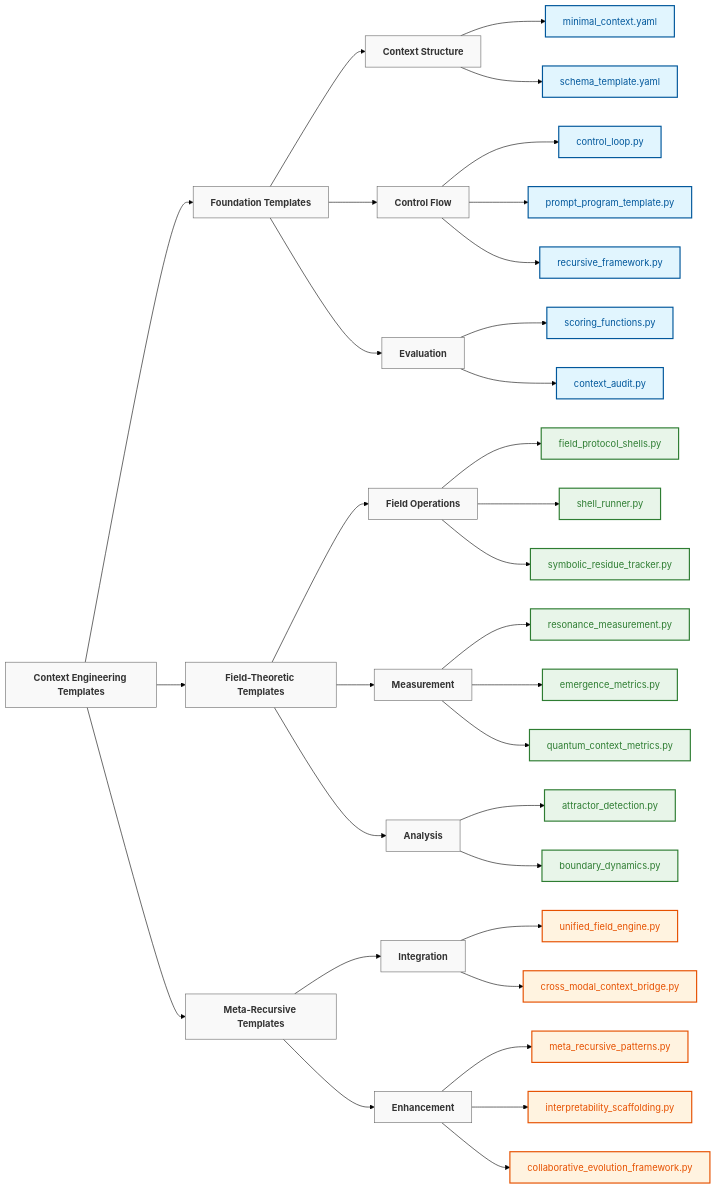
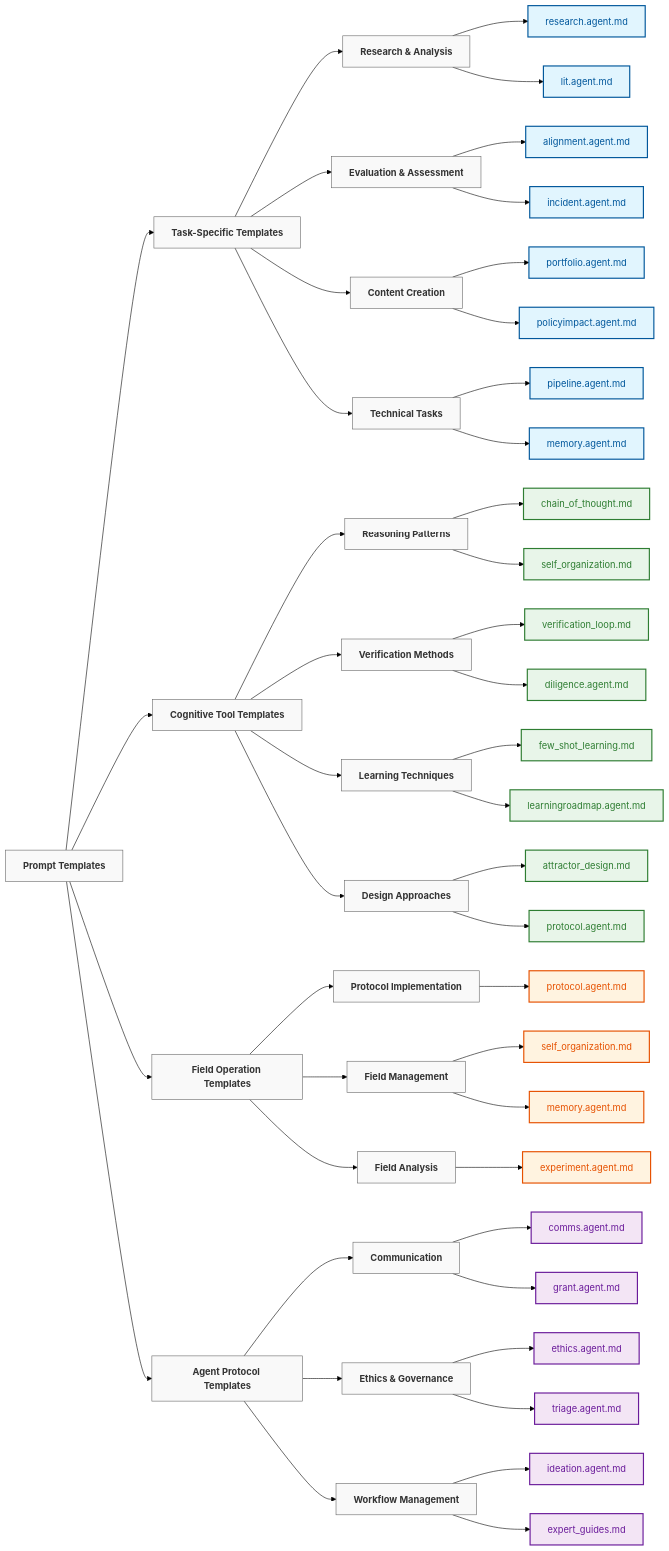
The diagram in 20_templates/PROMPTS/README.md (xuhaodev/Context-Engineering), drawn with Mermaid (forest theme) before and after one commit.

````diff
--- a/20_templates/PROMPTS/README.md
+++ b/20_templates/PROMPTS/README.md
@@ -40,67 +40,100 @@
 ```mermaid
 graph LR
     %% Main Categories
-    Root[Context Engineering Templates]
-    Root --> Foundation[Foundation Templates]
-    Root --> Field[Field-Theoretic Templates]
-    Root --> Meta[Meta-Recursive Templates]
+    Root[Prompt Templates]
+    Root --> Task[Task-Specific Templates]
+    Root --> Cognitive[Cognitive Tool Templates]
+    Root --> Field[Field Operation Templates]
+    Root --> Agent[Agent Protocol Templates]
     
-    %% Foundation Templates
-    Foundation --> ContextStructure[Context Structure]
-    Foundation --> ControlFlow[Control Flow]
-    Foundation --> Evaluation[Evaluation]
+    %% Task-Specific Templates
+    Task --> Research[Research & Analysis]
+    Task --> Evaluation[Evaluation & Assessment]
+    Task --> Content[Content Creation]
+    Task --> Technical[Technical Tasks]
     
-    %% Field-Theoretic Templates
-    Field --> FieldOps[Field Operations]
-    Field --> Measurement[Measurement]
-    Field --> Analysis[Analysis]
+    %% Research & Analysis Templates
+    Research --> ResearchAgent[research.agent.md]
+    Research --> LitAgent[lit.agent.md]
     
-    %% Meta-Recursive Templates
-    Meta --> Integration[Integration]
-    Meta --> Enhancement[Enhancement]
+    %% Evaluation & Assessment Templates
+    Evaluation --> AlignmentAgent[alignment.agent.md]
+    Evaluation --> IncidentAgent[incident.agent.md]
     
-    %% Specific Templates - Foundation
-    ContextStructure --> MinimalContext[minimal_context.yaml]
-    ContextStructure --> SchemaTemplate[schema_template.yaml]
+    %% Content Creation Templates
+    Content --> PortfolioAgent[portfolio.agent.md]
+    Content --> PolicyAgent[policyimpact.agent.md]
     
-    ControlFlow --> ControlLoop[control_loop.py]
-    ControlFlow --> PromptProgram[prompt_program_template.py]
-    ControlFlow --> RecursiveFramework[recursive_framework.py]
+    %% Technical Tasks Templates
+    Technical --> PipelineAgent[pipeline.agent.md]
+    Technical --> MemoryAgent[memory.agent.md]
     
-    Evaluation --> ScoringFunctions[scoring_functions.py]
-    Evaluation --> ContextAudit[context_audit.py]
+    %% Cognitive Tool Templates
+    Cognitive --> Reasoning[Reasoning Patterns]
+    Cognitive --> Verification[Verification Methods]
+    Cognitive --> Learning[Learning Techniques]
+    Cognitive --> Design[Design Approaches]
     
-    %% Specific Templates - Field-Theoretic
-    FieldOps --> ProtocolShells[field_protocol_shells.py]
-    FieldOps --> ShellRunner[shell_runner.py]
-    FieldOps --> ResidueTracker[symbolic_residue_tracker.py]
+    %% Reasoning Pattern Templates
+    Reasoning --> ChainOfThought[chain_of_thought.md]
+    Reasoning --> SelfOrg[self_organization.md]
     
-    Measurement --> ResonanceMeasure[resonance_measurement.py]
-    Measurement --> EmergenceMetrics[emergence_metrics.py]
-    Measurement --> QuantumMetrics[quantum_context_metrics.py]
+    %% Verification Method Templates
+    Verification --> VerificationLoop[verification_loop.md]
+    Verification --> DiligenceAgent[diligence.agent.md]
     
-    Analysis --> AttractorDetection[attractor_detection.py]
-    Analysis --> BoundaryDynamics[boundary_dynamics.py]
+    %% Learning Technique Templates
+    Learning --> FewShot[few_shot_learning.md]
+    Learning --> LearningRoadmap[learningroadmap.agent.md]
     
-    %% Specific Templates - Meta-Recursive
-    Integration --> UnifiedEngine[unified_field_engine.py]
-    Integration --> CrossModal[cross_modal_context_bridge.py]
+    %% Design Approach Templates
+    Design --> AttractorDesign[attractor_design.md]
+    Design --> ProtocolAgent[protocol.agent.md]
     
-    Enhancement --> MetaPatterns[meta_recursive_patterns.py]
-    Enhancement --> Interpretability[interpretability_scaffolding.py]
-    Enhancement --> Collaborative[collaborative_evolution_framework.py]
+    %% Field Operation Templates
+    Field --> Protocol[Protocol Implementation]
+    Field --> Management[Field Management]
+    Field --> Analysis[Field Analysis]
+    
+    %% Protocol Implementation Templates
+    Protocol --> ProtocolAgentMd[protocol.agent.md]
+    
+    %% Field Management Templates
+    Management --> SelfOrgMd[self_organization.md]
+    Management --> MemoryAgentMd[memory.agent.md]
+    
+    %% Field Analysis Templates
+    Analysis --> ExperimentAgent[experiment.agent.md]
+    
+    %% Agent Protocol Templates
+    Agent --> Communication[Communication]
+    Agent --> Ethics[Ethics & Governance]
+    Agent --> Workflow[Workflow Management]
+    
+    %% Communication Templates
+    Communication --> CommsAgent[comms.agent.md]
+    Communication --> GrantAgent[grant.agent.md]
+    
+    %% Ethics & Governance Templates
+    Ethics --> EthicsAgent[ethics.agent.md]
+    Ethics --> TriageAgent[triage.agent.md]
+    
+    %% Workflow Management Templates
+    Workflow --> IdeationAgent[ideation.agent.md]
+    Workflow --> ExpertGuides[expert_guides.md]
     
     %% Styling
     classDef category fill:#f9f9f9,stroke:#666,stroke-width:1px,color:#333,font-weight:bold
-    classDef foundation fill:#e1f5fe,stroke:#01579b,stroke-width:2px,color:#01579b
-    classDef field fill:#e8f5e9,stroke:#2e7d32,stroke-width:2px,color:#2e7d32
-    classDef meta fill:#fff3e0,stroke:#e65100,stroke-width:2px,color:#e65100
+    classDef task fill:#e1f5fe,stroke:#01579b,stroke-width:2px,color:#01579b
+    classDef cognitive fill:#e8f5e9,stroke:#2e7d32,stroke-width:2px,color:#2e7d32
+    classDef field fill:#fff3e0,stroke:#e65100,stroke-width:2px,color:#e65100
+    classDef agent fill:#f3e5f5,stroke:#6a1b9a,stroke-width:2px,color:#6a1b9a
     classDef template fill:#ffffff,stroke:#999,stroke-width:1px,color:#333
     
-    class Root,Foundation,Field,Meta,ContextStructure,ControlFlow,Evaluation,FieldOps,Measurement,Analysis,Integration,Enhancement category
-    class MinimalContext,SchemaTemplate,ControlLoop,PromptProgram,RecursiveFramework,ScoringFunctions,ContextAudit foundation
-    class ProtocolShells,ShellRunner,ResidueTracker,ResonanceMeasure,EmergenceMetrics,QuantumMetrics,AttractorDetection,BoundaryDynamics field
-    class UnifiedEngine,CrossModal,MetaPatterns,Interpretability,Collaborative meta
-
+    class Root,Task,Cognitive,Field,Agent,Research,Evaluation,Content,Technical,Reasoning,Verification,Learning,Design,Protocol,Management,Analysis,Communication,Ethics,Workflow category
+    class ResearchAgent,LitAgent,AlignmentAgent,IncidentAgent,PortfolioAgent,PolicyAgent,PipelineAgent,MemoryAgent task
+    class ChainOfThought,SelfOrg,VerificationLoop,DiligenceAgent,FewShot,LearningRoadmap,AttractorDesign,ProtocolAgent cognitive
+    class ProtocolAgentMd,SelfOrgMd,MemoryAgentMd,ExperimentAgent field
+    class CommsAgent,GrantAgent,EthicsAgent,TriageAgent,IdeationAgent,ExpertGuides agent
 
 ```
````
